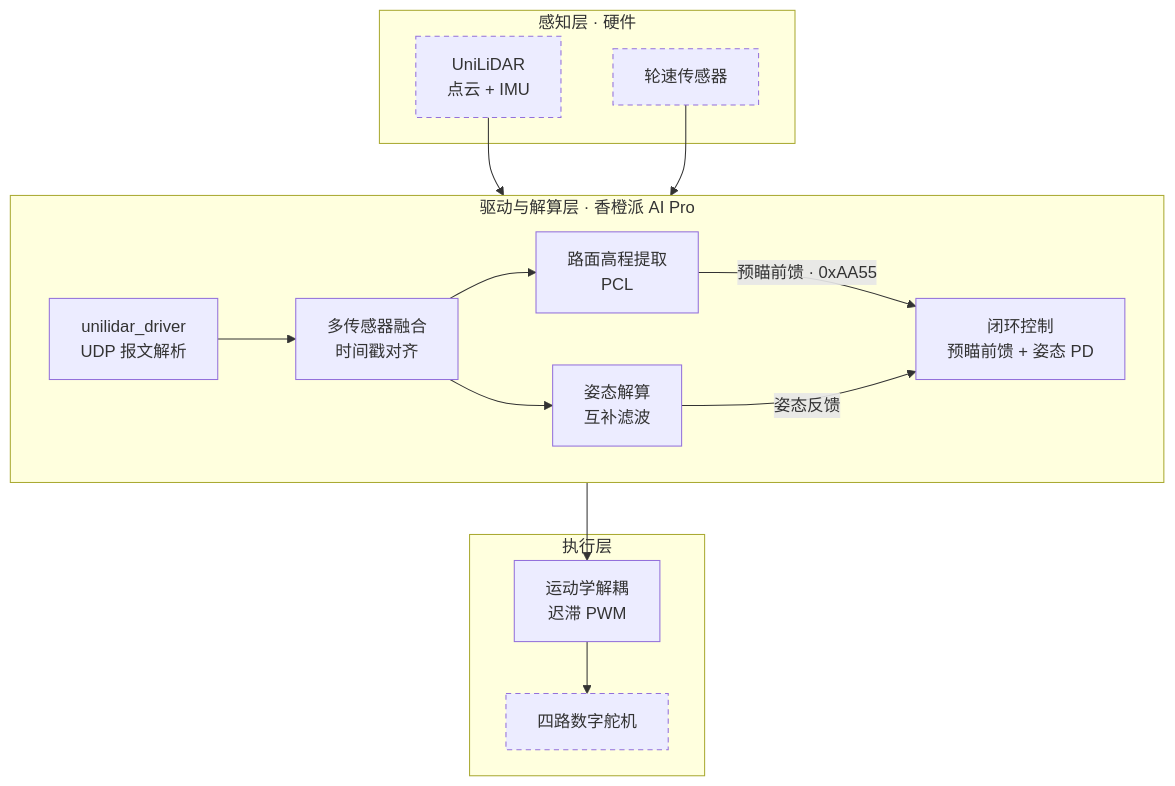
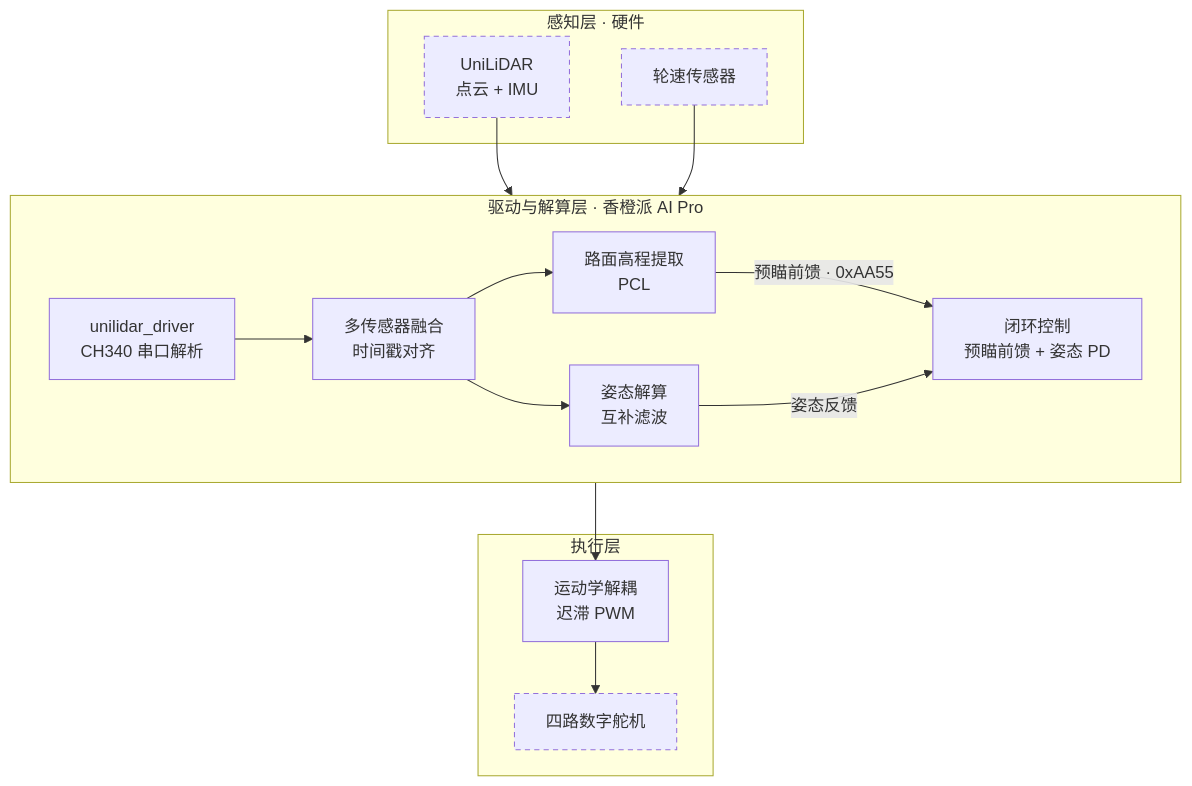
One commit to qi-neo/active-suspension-lidar-preview changed the first of 4 diagrams in README.md. Above: the diagram before and after it, drawn with Mermaid. The commit also changed other lines of this file and 83 other files, not shown here.

First line of the commit message:
refactor(unilidar_driver)+docs(hardware): CH340 串口重构与硬件平台补充

````diff
--- a/README.md
+++ b/README.md
@@ -73,30 +91,30 @@
 ```mermaid
 %%{init: {'themeVariables': {'fontFamily': '"PingFang SC","Microsoft YaHei","Heiti SC",sans-serif'}}}%%
 flowchart TB
     subgraph S1["感知层 · 硬件"]
         L["UniLiDAR<br/>点云 + IMU"]
         W["轮速传感器"]
     end
     subgraph S2["驱动与解算层 · 香橙派 AI Pro"]
         direction LR
-        DR["unilidar_driver<br/>UDP 报文解析"]
+        DR["unilidar_driver<br/>CH340 串口解析"]
         F["多传感器融合<br/>时间戳对齐"]
         P["路面高程提取<br/>PCL"]
         A["姿态解算<br/>互补滤波"]
         C["闭环控制<br/>预瞄前馈 + 姿态 PD"]
     end
     subgraph S3["执行层"]
         K["运动学解耦<br/>迟滞 PWM"]
         D["四路数字舵机"]
     end
     L --> DR
     DR --> F
     W --> F
     F --> P
     F --> A
     P -->|预瞄前馈 · 0xAA55| C
     A -->|姿态反馈| C
     C --> K --> D
     classDef hw stroke-dasharray: 5 4
     class L,W,D hw
 ```
````
